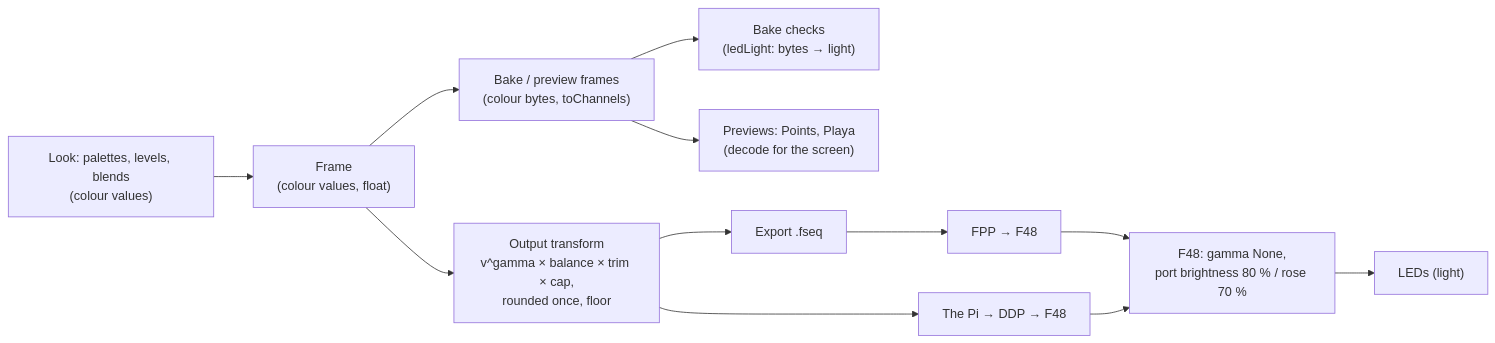
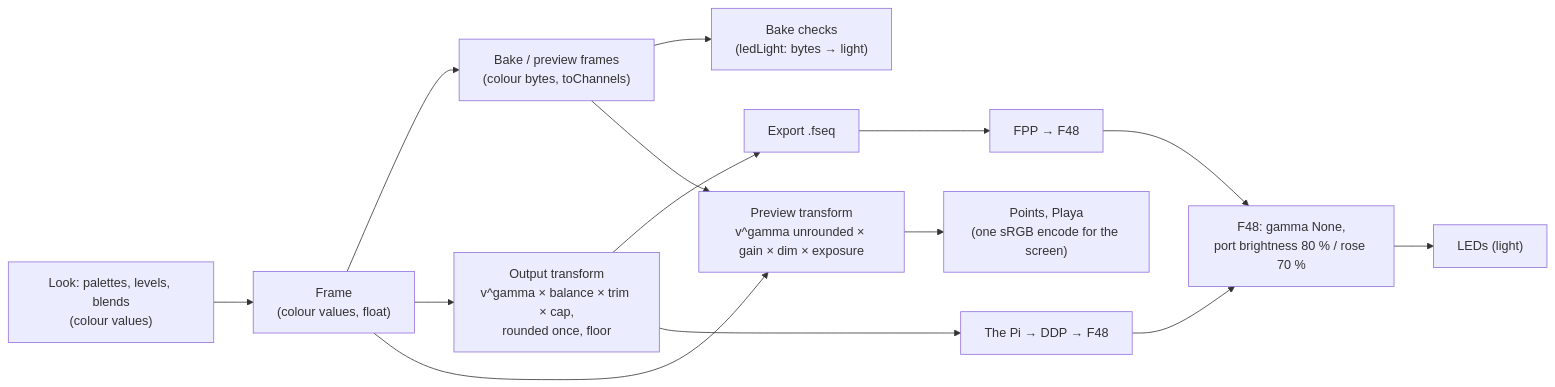
One commit to big-weary-dog/folly-studio changed the diagram in docs/LIGHT.md. Above: the diagram before and after it, drawn with Mermaid. The commit also changed other lines of this file and 20 other files, not shown here.

First line of the commit message:
Studio: the previews show the LEDs' light, through one preview transform (#98)

````diff
--- a/docs/LIGHT.md
+++ b/docs/LIGHT.md
@@ -18,13 +18,15 @@
 ```mermaid
 flowchart LR
   L["Look: palettes, levels, blends<br/>(colour values)"] --> F["Frame<br/>(colour values, float)"]
   F --> B["Bake / preview frames<br/>(colour bytes, toChannels)"]
   F --> T["Output transform<br/>v^gamma × balance × trim × cap,<br/>rounded once, floor"]
   B --> C["Bake checks<br/>(ledLight: bytes → light)"]
   T --> E["Export .fseq"]
   T --> P["The Pi → DDP → F48"]
   P --> X["F48: gamma None,<br/>port brightness 80 % / rose 70 %"]
   X --> LED["LEDs (light)"]
   E --> FPP["FPP → F48"] --> X
-  B --> V["Previews: Points, Playa<br/>(decode for the screen)"]
+  F --> V["Preview transform<br/>v^gamma unrounded × gain × dim × exposure"]
+  B --> V
+  V --> S["Points, Playa<br/>(one sRGB encode for the screen)"]
 ```
````
